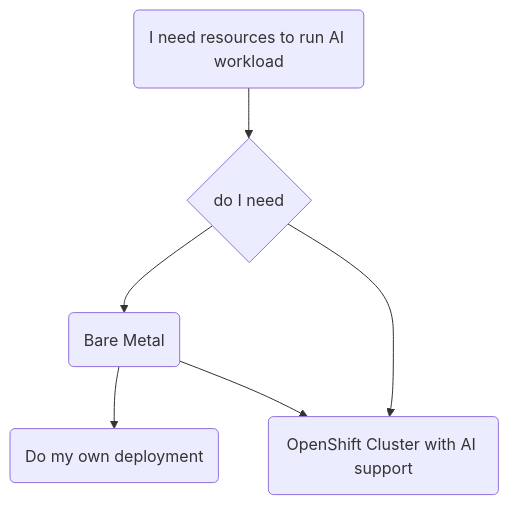
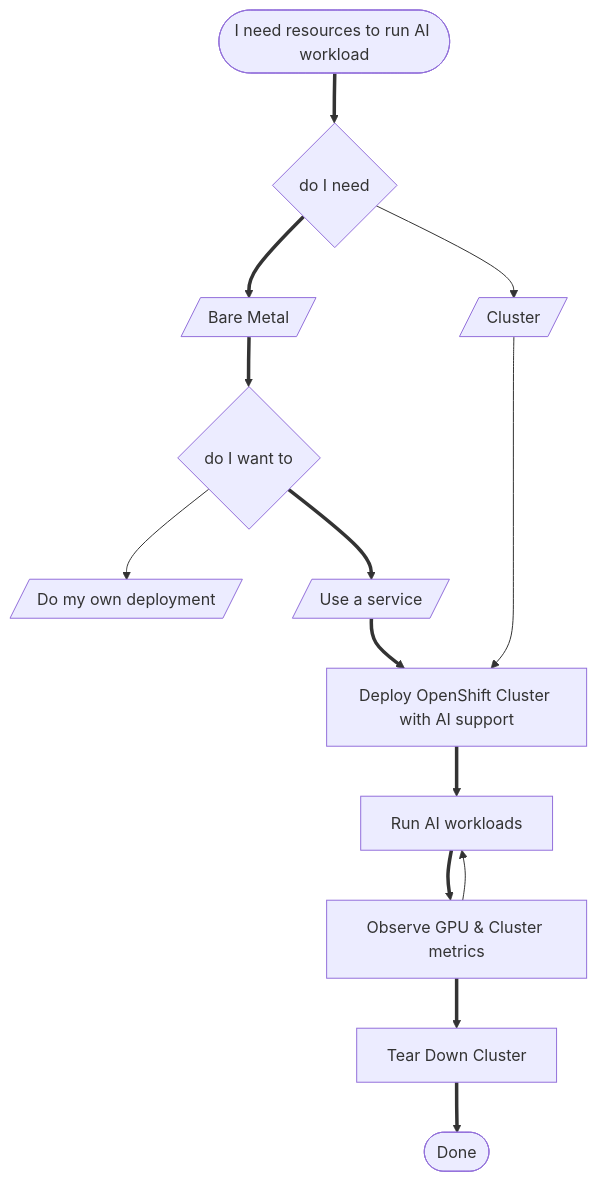
The first of 6 diagrams in mainit-iab-moc/2025-04-08_obs-meeting.md (schwesig/notes), drawn with Mermaid before and after one commit. The commit also changed other lines of this file, not shown here.

Commit message:
create/update '2025-04-08_obs-meeting.md' file

````diff
--- a/mainit-iab-moc/2025-04-08_obs-meeting.md
+++ b/mainit-iab-moc/2025-04-08_obs-meeting.md
@@ -21,15 +22,29 @@
 ```mermaid
-flowchart
-  ineed1(I need resources to run AI workload)
+flowchart TD
+
+  ineed1([I need resources to run AI workload])
   doi1{do I need}
-  bm1(Bare Metal)
-  cluster1(OpenShift Cluster with AI support)
-  domyown1(Do my own deployment)
+  bm1[/Bare Metal/]
+  cluster1[/Cluster/]
+  depclus1[Deploy OpenShift Cluster with AI support]
+  domyown1[/Do my own deployment/]
+  doi2{do I want to}
+  domyown1[/Do my own deployment/]
+  getaclusterservice1[/Use a service/]
+  runai1[Run AI workloads]
+  observe1[Observe GPU & Cluster metrics]
+  teardown1[Tear Down Cluster]
+  done1([Done])
 
-  ineed1-->doi1
-  doi1-->bm1
-  bm1-->domyown1
+  ineed1==>doi1
+  doi1==>bm1
   doi1-->cluster1
-  bm1-->cluster1
-
+  bm1==>doi2
+  doi2-->domyown1
+  doi2==>getaclusterservice1
+  getaclusterservice1==>depclus1
+  cluster1---->depclus1
+  depclus1==>runai1==>observe1==>teardown1==>done1
+  observe1-->runai1
+  
 ```
````
